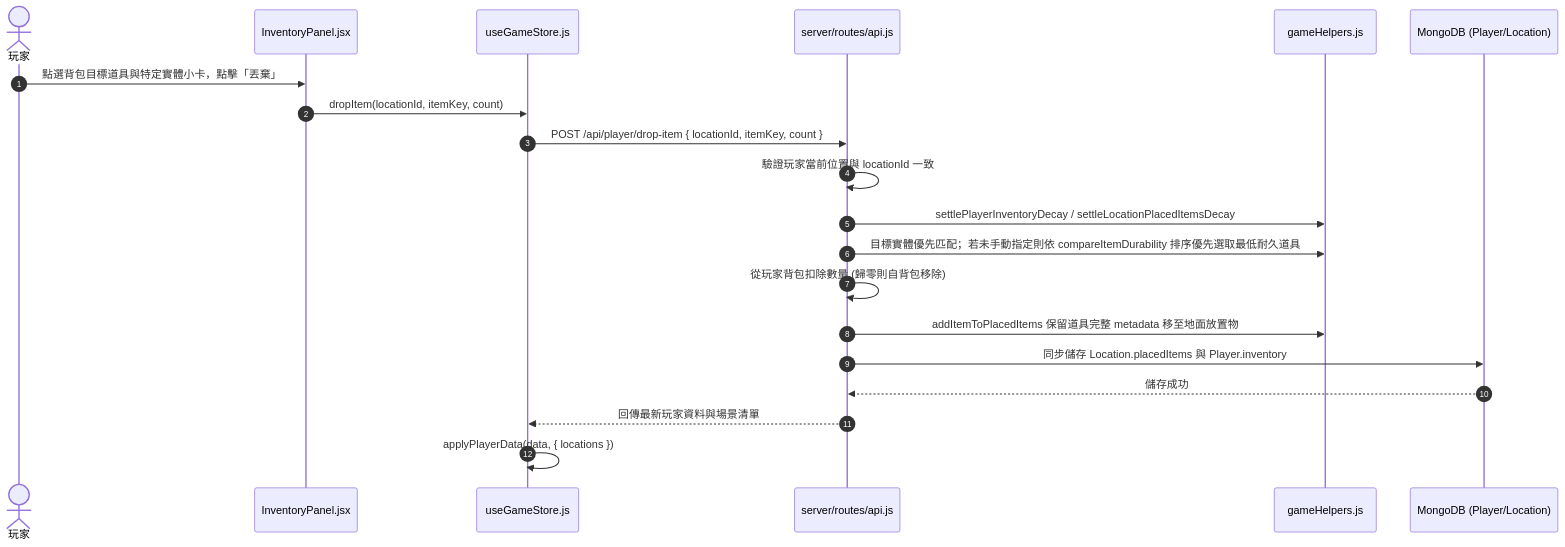
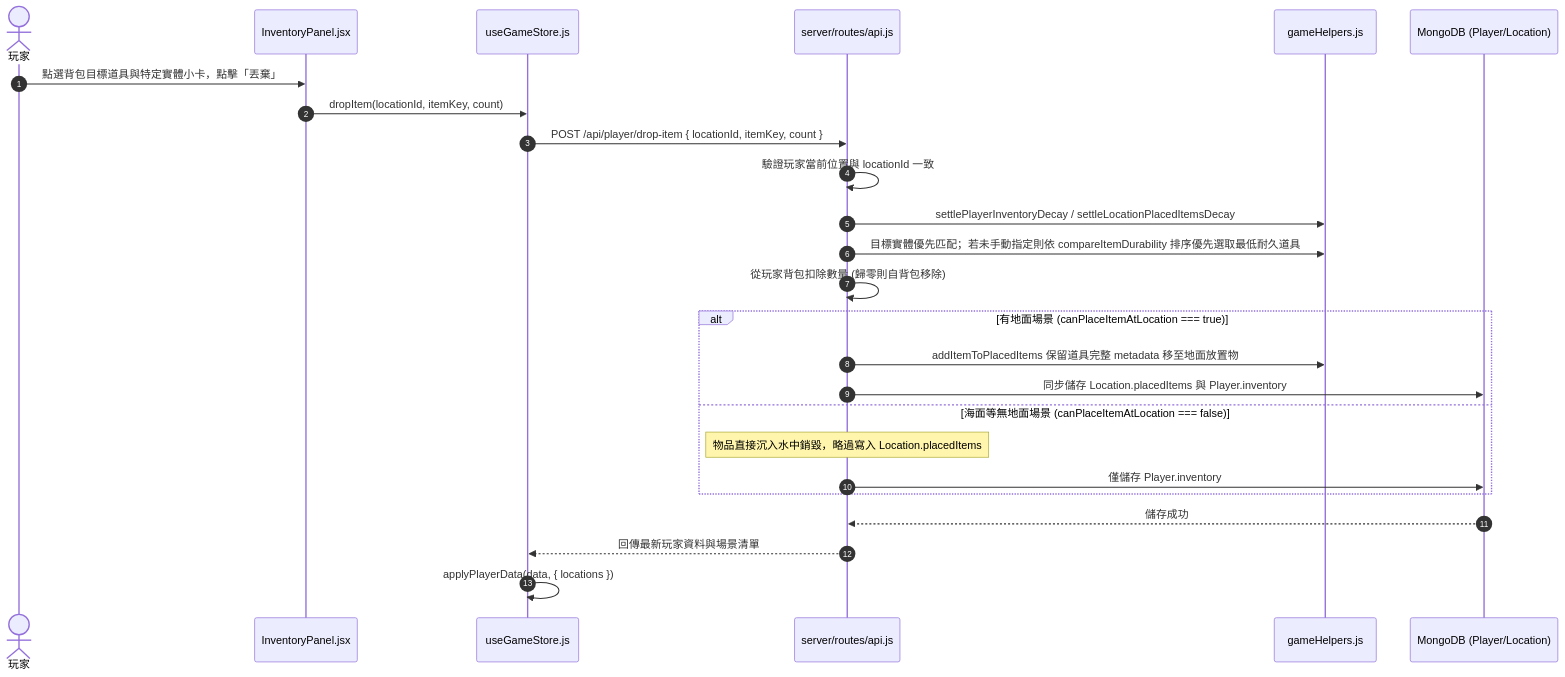
Before and after one commit to csiehsu/Aether-Immersion: diagram 12 of 17 in README.md, drawn with Mermaid. The commit also changed other lines of this file and 3 other files, not shown here.

````diff
--- a/README.md
+++ b/README.md
@@ -746,23 +746,28 @@
 ```mermaid
 sequenceDiagram
     autonumber
     actor Player as 玩家
     participant View as InventoryPanel.jsx
     participant Store as useGameStore.js
     participant API as server/routes/api.js
     participant Helper as gameHelpers.js
     participant DB as MongoDB (Player/Location)
 
     Player->>View: 點選背包目標道具與特定實體小卡，點擊「丟棄」
     View->>Store: dropItem(locationId, itemKey, count)
     Store->>API: POST /api/player/drop-item { locationId, itemKey, count }
     API->>API: 驗證玩家當前位置與 locationId 一致
     API->>Helper: settlePlayerInventoryDecay / settleLocationPlacedItemsDecay
     API->>Helper: 目標實體優先匹配；若未手動指定則依 compareItemDurability 排序優先選取最低耐久道具
     API->>API: 從玩家背包扣除數量 (歸零則自背包移除)
-    API->>Helper: addItemToPlacedItems 保留道具完整 metadata 移至地面放置物
-    API->>DB: 同步儲存 Location.placedItems 與 Player.inventory
+    alt 有地面場景 (canPlaceItemAtLocation === true)
+        API->>Helper: addItemToPlacedItems 保留道具完整 metadata 移至地面放置物
+        API->>DB: 同步儲存 Location.placedItems 與 Player.inventory
+    else 海面等無地面場景 (canPlaceItemAtLocation === false)
+        Note over API: 物品直接沉入水中銷毀，略過寫入 Location.placedItems
+        API->>DB: 僅儲存 Player.inventory
+    end
     DB-->>API: 儲存成功
     API-->>Store: 回傳最新玩家資料與場景清單
     Store->>Store: applyPlayerData(data, { locations })
 ```
````
